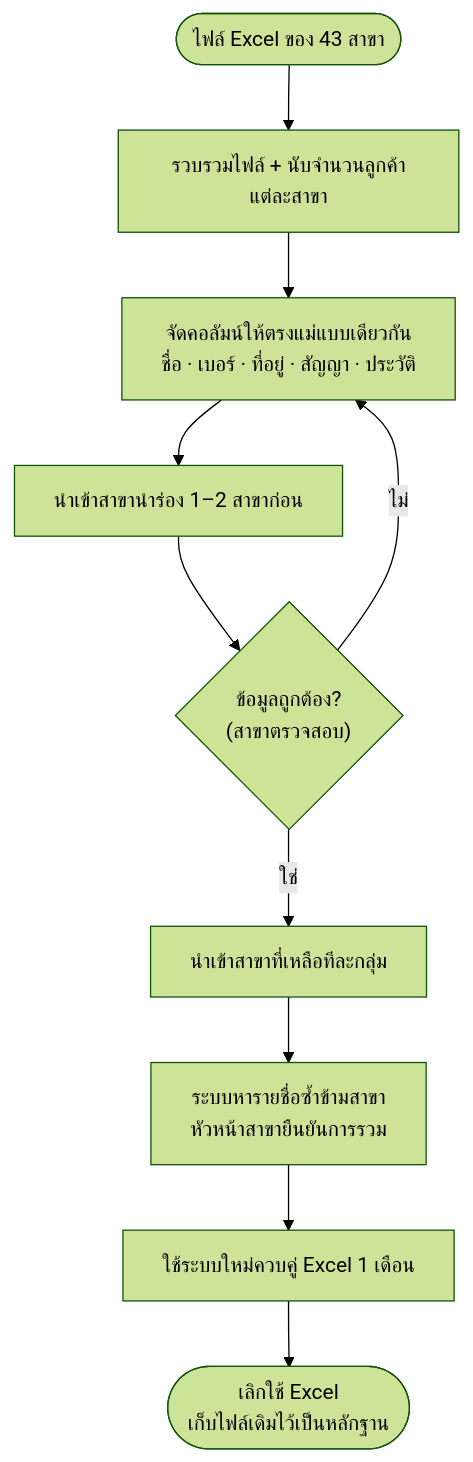
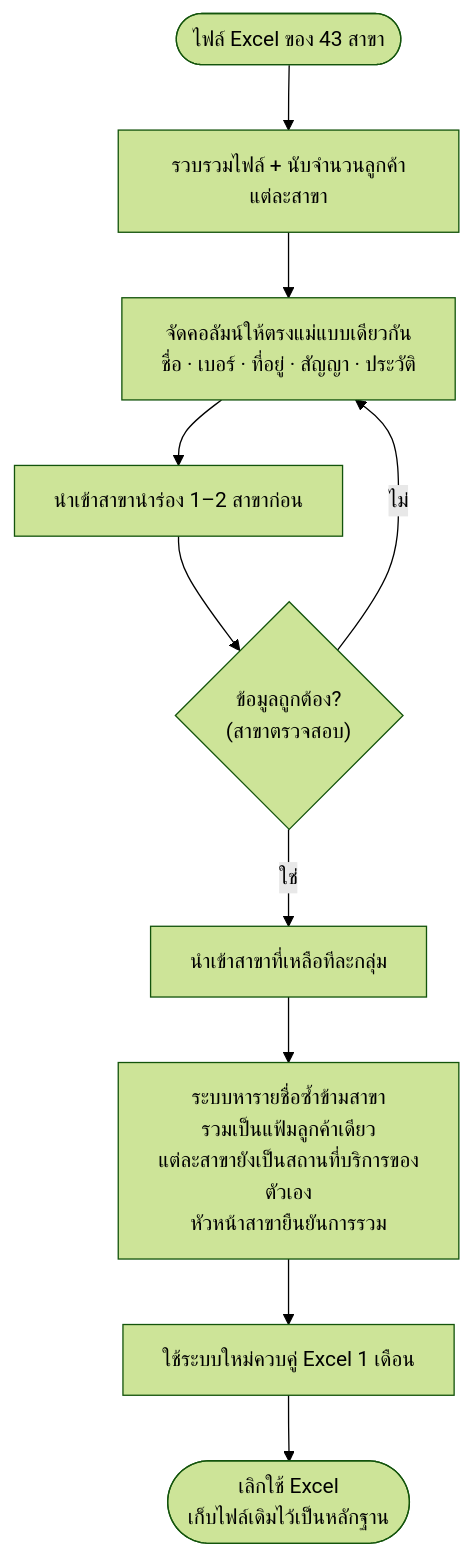
The sixth of 7 diagrams in docs/research/2026-11-07-advance-group-asia-workflow-diagrams.md (warayuthsema-alt/my-house-sh2401), drawn with Mermaid (forest theme) before and after one commit. The commit also changed other lines of this file and 1 other file, not shown here.

First line of the commit message:
Workflow diagrams: support customers served by multiple branches

````diff
--- a/docs/research/2026-11-07-advance-group-asia-workflow-diagrams.md
+++ b/docs/research/2026-11-07-advance-group-asia-workflow-diagrams.md
@@ -175,12 +190,12 @@
 ```mermaid
 flowchart TD
     A(["ไฟล์ Excel ของ 43 สาขา"]) --> B["รวบรวมไฟล์ + นับจำนวนลูกค้าแต่ละสาขา"]
     B --> C["จัดคอลัมน์ให้ตรงแม่แบบเดียวกัน<br/>ชื่อ · เบอร์ · ที่อยู่ · สัญญา · ประวัติ"]
     C --> D["นำเข้าสาขานำร่อง 1–2 สาขาก่อน"]
     D --> E{"ข้อมูลถูกต้อง?<br/>(สาขาตรวจสอบ)"}
     E -- "ไม่" --> C
     E -- "ใช่" --> F["นำเข้าสาขาที่เหลือทีละกลุ่ม"]
-    F --> G["ระบบหารายชื่อซ้ำข้ามสาขา<br/>หัวหน้าสาขายืนยันการรวม"]
+    F --> G["ระบบหารายชื่อซ้ำข้ามสาขา<br/>รวมเป็นแฟ้มลูกค้าเดียว<br/>แต่ละสาขายังเป็นสถานที่บริการของตัวเอง<br/>หัวหน้าสาขายืนยันการรวม"]
     G --> H["ใช้ระบบใหม่ควบคู่ Excel 1 เดือน"]
     H --> I(["เลิกใช้ Excel<br/>เก็บไฟล์เดิมไว้เป็นหลักฐาน"])
 ```
````
